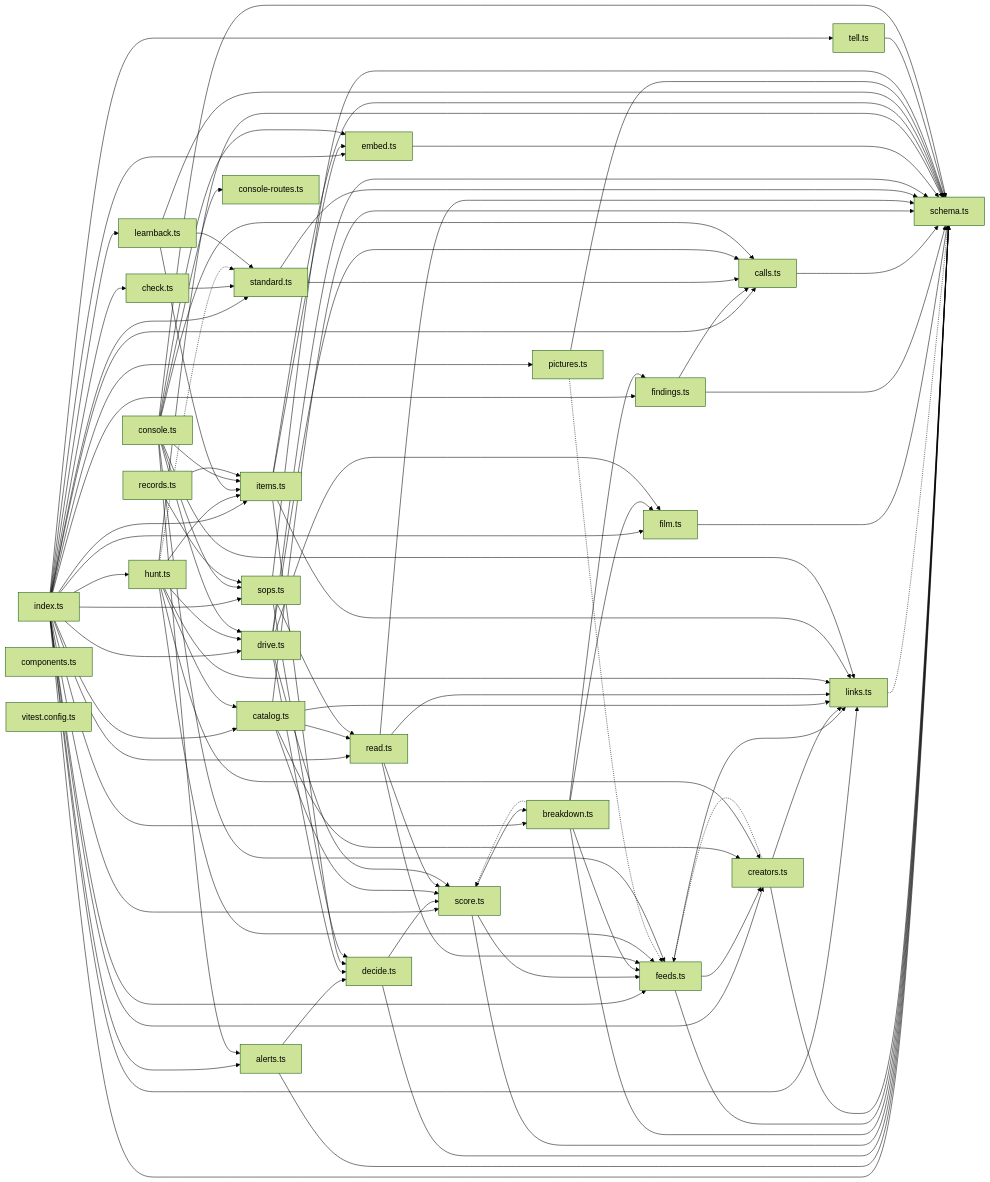
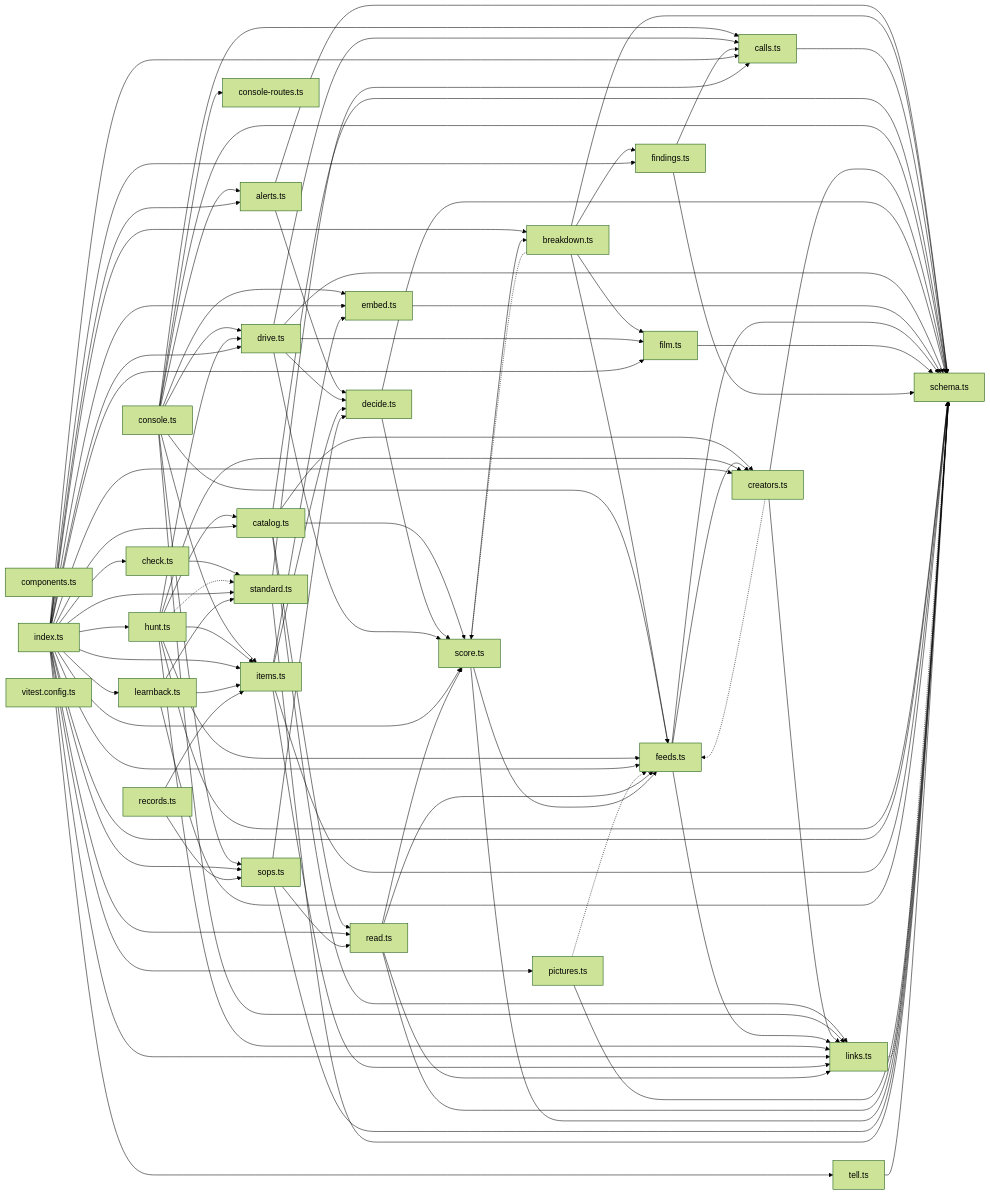
One commit to wrenautomation/wren changed the diagram in map/generated/imports/@wren+learn.md. Above: the diagram before and after it, drawn with Mermaid (forest theme). The commit also changed other lines of this file and 96 other files, not shown here.

````diff
--- a/map/generated/imports/@wren+learn.md
+++ b/map/generated/imports/@wren+learn.md
@@ -21,34 +21,83 @@
 ```mermaid
 flowchart LR
+  nalerts_ts["alerts.ts"]
+  nbreakdown_ts["breakdown.ts"]
+  ncalls_ts["calls.ts"]
+  ncatalog_ts["catalog.ts"]
+  ncheck_ts["check.ts"]
+  ncomponents_ts["components.ts"]
+  nconsole_routes_ts["console-routes.ts"]
+  nconsole_ts["console.ts"]
+  ncreators_ts["creators.ts"]
+  ndecide_ts["decide.ts"]
+  ndrive_ts["drive.ts"]
+  nembed_ts["embed.ts"]
+  nfeeds_ts["feeds.ts"]
+  nfilm_ts["film.ts"]
+  nfindings_ts["findings.ts"]
+  nhunt_ts["hunt.ts"]
   nindex_ts["index.ts"]
-  nalerts_ts["alerts.ts"]
-  ndecide_ts["decide.ts"]
+  nitems_ts["items.ts"]
+  nlearnback_ts["learnback.ts"]
+  nlinks_ts["links.ts"]
+  npictures_ts["pictures.ts"]
+  nread_ts["read.ts"]
+  nrecords_ts["records.ts"]
   nschema_ts["schema.ts"]
   nscore_ts["score.ts"]
-  nbreakdown_ts["breakdown.ts"]
-  nfeeds_ts["feeds.ts"]
-  ncreators_ts["creators.ts"]
-  nlinks_ts["links.ts"]
-  nfilm_ts["film.ts"]
-  nfindings_ts["findings.ts"]
-  ncalls_ts["calls.ts"]
-  ncatalog_ts["catalog.ts"]
-  nread_ts["read.ts"]
-  ncheck_ts["check.ts"]
+  nsops_ts["sops.ts"]
   nstandard_ts["standard.ts"]
-  ndrive_ts["drive.ts"]
-  nembed_ts["embed.ts"]
-  nhunt_ts["hunt.ts"]
-  nitems_ts["items.ts"]
-  nlearnback_ts["learnback.ts"]
-  npictures_ts["pictures.ts"]
-  nsops_ts["sops.ts"]
   ntell_ts["tell.ts"]
-  ncomponents_ts["components.ts"]
-  nconsole_ts["console.ts"]
-  nconsole_routes_ts["console-routes.ts"]
-  nrecords_ts["records.ts"]
   nvitest_config_ts["vitest.config.ts"]
+  nalerts_ts --> ndecide_ts
+  nalerts_ts --> nschema_ts
+  nbreakdown_ts --> nfeeds_ts
+  nbreakdown_ts --> nfilm_ts
+  nbreakdown_ts --> nfindings_ts
+  nbreakdown_ts --> nschema_ts
+  nbreakdown_ts -.-> nscore_ts
+  ncalls_ts --> nschema_ts
+  ncatalog_ts --> ncreators_ts
+  ncatalog_ts --> nlinks_ts
+  ncatalog_ts --> nread_ts
+  ncatalog_ts --> nschema_ts
+  ncatalog_ts --> nscore_ts
+  ncheck_ts --> nstandard_ts
+  nconsole_ts --> nalerts_ts
+  nconsole_ts --> ncalls_ts
+  nconsole_ts --> nconsole_routes_ts
+  nconsole_ts --> ndrive_ts
+  nconsole_ts --> nembed_ts
+  nconsole_ts --> nfeeds_ts
+  nconsole_ts --> nitems_ts
+  nconsole_ts --> nlinks_ts
+  nconsole_ts --> nschema_ts
+  nconsole_ts --> nsops_ts
+  ncreators_ts -.-> nfeeds_ts
+  ncreators_ts --> nlinks_ts
+  ncreators_ts --> nschema_ts
+  ndecide_ts --> nschema_ts
+  ndecide_ts --> nscore_ts
+  ndrive_ts --> ncalls_ts
+  ndrive_ts --> ndecide_ts
+  ndrive_ts --> nfilm_ts
+  ndrive_ts --> nschema_ts
+  ndrive_ts --> nscore_ts
+  nembed_ts --> nschema_ts
+  nfeeds_ts --> ncreators_ts
+  nfeeds_ts --> nlinks_ts
+  nfeeds_ts --> nschema_ts
+  nfilm_ts --> nschema_ts
+  nfindings_ts --> ncalls_ts
+  nfindings_ts --> nschema_ts
+  nhunt_ts --> ncatalog_ts
+  nhunt_ts --> ncreators_ts
+  nhunt_ts --> ndrive_ts
+  nhunt_ts --> nfeeds_ts
+  nhunt_ts --> nitems_ts
+  nhunt_ts --> nlinks_ts
+  nhunt_ts --> nschema_ts
+  nhunt_ts -.-> nstandard_ts
   nindex_ts --> nalerts_ts
   nindex_ts --> nbreakdown_ts
   nindex_ts --> ncalls_ts
@@ -71,55 +120,6 @@
   nindex_ts --> nsops_ts
   nindex_ts --> nstandard_ts
   nindex_ts --> ntell_ts
-  nalerts_ts --> ndecide_ts
-  nalerts_ts --> nschema_ts
-  ndecide_ts --> nschema_ts
-  ndecide_ts --> nscore_ts
-  nscore_ts --> nbreakdown_ts
-  nscore_ts --> nfeeds_ts
-  nscore_ts --> nschema_ts
-  nbreakdown_ts --> nfeeds_ts
-  nbreakdown_ts --> nfilm_ts
-  nbreakdown_ts --> nfindings_ts
-  nbreakdown_ts --> nschema_ts
-  nbreakdown_ts -.-> nscore_ts
-  nfeeds_ts --> ncreators_ts
-  nfeeds_ts --> nlinks_ts
-  nfeeds_ts --> nschema_ts
-  ncreators_ts -.-> nfeeds_ts
-  ncreators_ts --> nlinks_ts
-  ncreators_ts --> nschema_ts
-  nlinks_ts -.-> nschema_ts
-  nfilm_ts --> nschema_ts
-  nfindings_ts --> ncalls_ts
-  nfindings_ts --> nschema_ts
-  ncalls_ts --> nschema_ts
-  ncatalog_ts --> ncreators_ts
-  ncatalog_ts --> nlinks_ts
-  ncatalog_ts --> nread_ts
-  ncatalog_ts --> nschema_ts
-  ncatalog_ts --> nscore_ts
-  nread_ts --> nfeeds_ts
-  nread_ts --> nlinks_ts
-  nread_ts --> nschema_ts
-  nread_ts --> nscore_ts
-  ncheck_ts --> nstandard_ts
-  nstandard_ts --> ncalls_ts
-  nstandard_ts --> nschema_ts
-  ndrive_ts --> ncalls_ts
-  ndrive_ts --> ndecide_ts
-  ndrive_ts --> nfilm_ts
-  ndrive_ts --> nschema_ts
-  ndrive_ts --> nscore_ts
-  nembed_ts --> nschema_ts
-  nhunt_ts --> ncatalog_ts
-  nhunt_ts --> ncreators_ts
-  nhunt_ts --> ndrive_ts
-  nhunt_ts --> nfeeds_ts
-  nhunt_ts --> nitems_ts
-  nhunt_ts --> nlinks_ts
-  nhunt_ts --> nschema_ts
-  nhunt_ts -.-> nstandard_ts
   nitems_ts --> ndecide_ts
   nitems_ts --> nembed_ts
   nitems_ts --> nlinks_ts
@@ -127,22 +127,22 @@
   nlearnback_ts --> nitems_ts
   nlearnback_ts --> nschema_ts
   nlearnback_ts --> nstandard_ts
+  nlinks_ts -.-> nschema_ts
   npictures_ts -.-> nfeeds_ts
   npictures_ts --> nschema_ts
+  nread_ts --> nfeeds_ts
+  nread_ts --> nlinks_ts
+  nread_ts --> nschema_ts
+  nread_ts --> nscore_ts
+  nrecords_ts --> nitems_ts
+  nrecords_ts --> nsops_ts
+  nscore_ts --> nbreakdown_ts
+  nscore_ts --> nfeeds_ts
+  nscore_ts --> nschema_ts
   nsops_ts --> ndecide_ts
   nsops_ts --> nread_ts
   nsops_ts --> nschema_ts
+  nstandard_ts --> ncalls_ts
+  nstandard_ts --> nschema_ts
   ntell_ts --> nschema_ts
-  nconsole_ts --> nalerts_ts
-  nconsole_ts --> ncalls_ts
-  nconsole_ts --> nconsole_routes_ts
-  nconsole_ts --> ndrive_ts
-  nconsole_ts --> nembed_ts
-  nconsole_ts --> nfeeds_ts
-  nconsole_ts --> nitems_ts
-  nconsole_ts --> nlinks_ts
-  nconsole_ts --> nschema_ts
-  nconsole_ts --> nsops_ts
-  nrecords_ts --> nitems_ts
-  nrecords_ts --> nsops_ts
 ```
````
